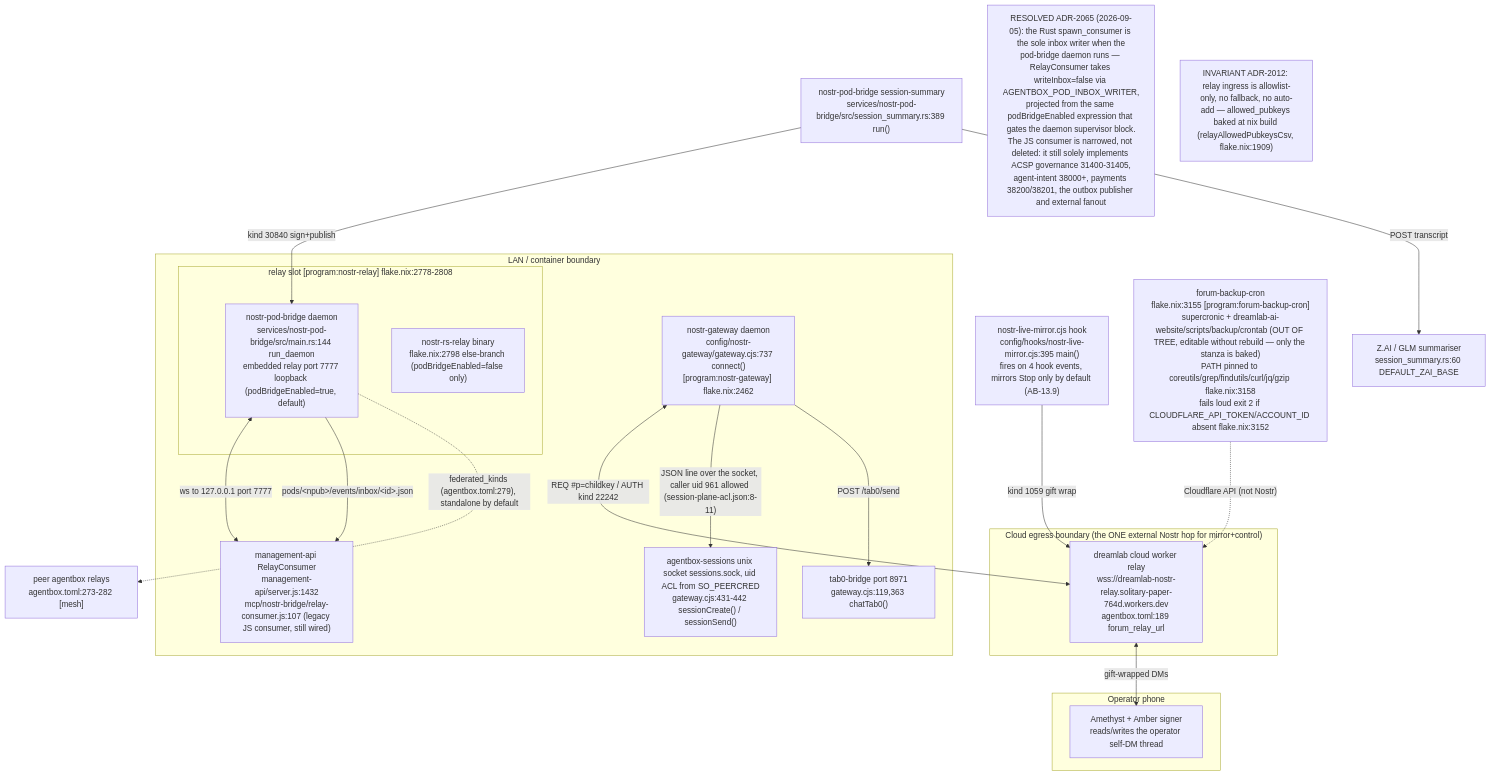
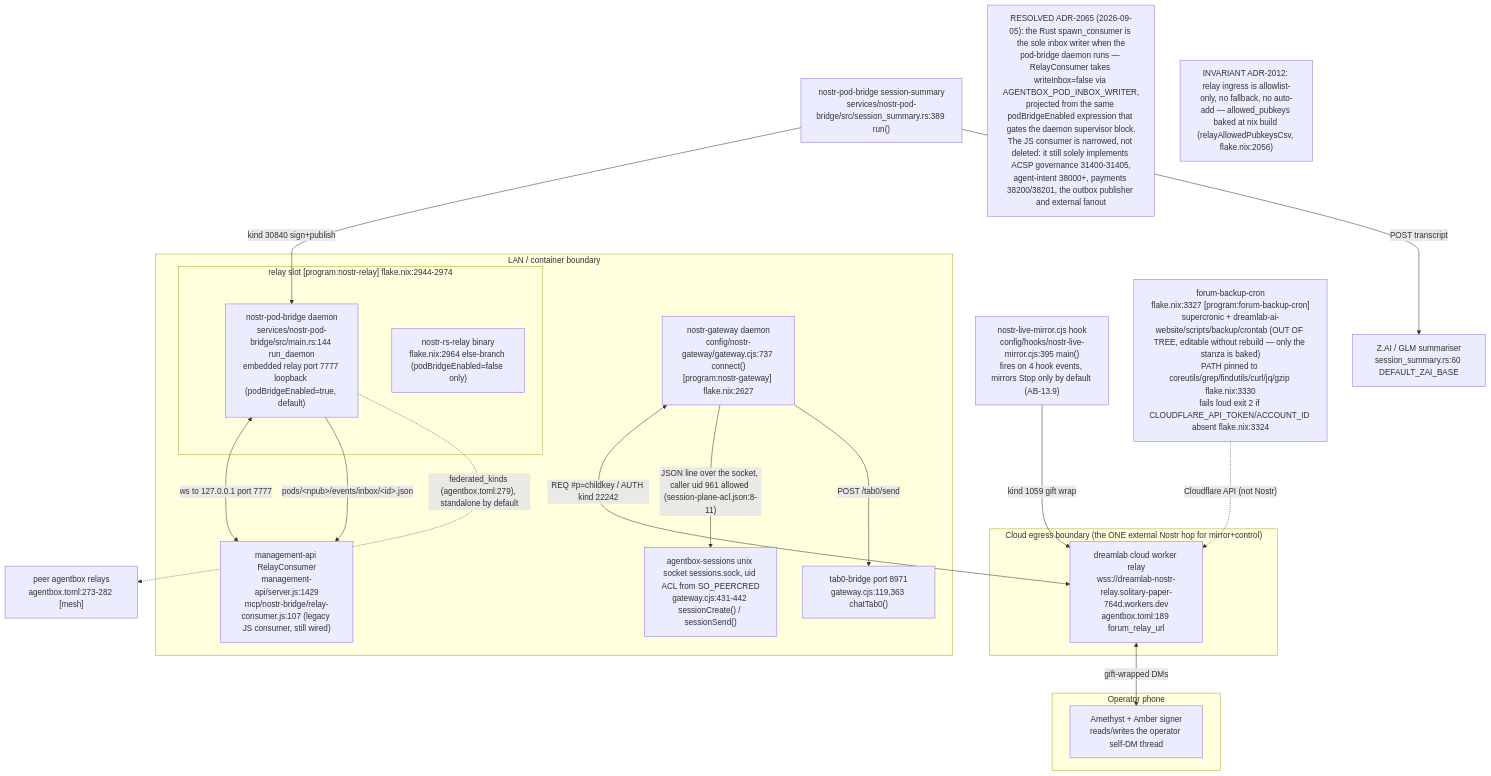
Before and after one commit to DreamLab-AI/VisionFlow: the first of 16 diagrams in docs/diagrams/agentbox/13-nostr-relay-gateway-bridge-mirror.md, drawn with Mermaid. The commit also changed other lines of this file and 12 other files, not shown here.

````diff
--- a/docs/diagrams/agentbox/13-nostr-relay-gateway-bridge-mirror.md
+++ b/docs/diagrams/agentbox/13-nostr-relay-gateway-bridge-mirror.md
@@ -47,39 +47,39 @@
 ```mermaid
 flowchart TB
     subgraph lan["LAN / container boundary"]
-        subgraph relayslot["relay slot [program:nostr-relay] flake.nix:2778-2808"]
+        subgraph relayslot["relay slot [program:nostr-relay] flake.nix:2944-2974"]
             PB["nostr-pod-bridge daemon<br/>services/nostr-pod-bridge/src/main.rs:144 run_daemon<br/>embedded relay port 7777 loopback (podBridgeEnabled=true, default)"]
-            RS["nostr-rs-relay binary<br/>flake.nix:2798 else-branch (podBridgeEnabled=false only)"]
+            RS["nostr-rs-relay binary<br/>flake.nix:2964 else-branch (podBridgeEnabled=false only)"]
         end
-        GW["nostr-gateway daemon<br/>config/nostr-gateway/gateway.cjs:737 connect()<br/>[program:nostr-gateway] flake.nix:2462"]
-        MGMT["management-api RelayConsumer<br/>management-api/server.js:1432<br/>mcp/nostr-bridge/relay-consumer.js:107 (legacy JS consumer, still wired)"]
+        GW["nostr-gateway daemon<br/>config/nostr-gateway/gateway.cjs:737 connect()<br/>[program:nostr-gateway] flake.nix:2627"]
+        MGMT["management-api RelayConsumer<br/>management-api/server.js:1429<br/>mcp/nostr-bridge/relay-consumer.js:107 (legacy JS consumer, still wired)"]
         SESS["agentbox-sessions unix socket sessions.sock, uid ACL from SO_PEERCRED<br/>gateway.cjs:431-442 sessionCreate() / sessionSend()"]
         TAB0["tab0-bridge port 8971<br/>gateway.cjs:119,363 chatTab0()"]
     end
     subgraph cloud["Cloud egress boundary (the ONE external Nostr hop for mirror+control)"]
         CLOUD["dreamlab cloud worker relay<br/>wss://dreamlab-nostr-relay.solitary-paper-764d.workers.dev<br/>agentbox.toml:189 forum_relay_url"]
     end
     subgraph phone["Operator phone"]
         AME["Amethyst + Amber signer<br/>reads/writes the operator self-DM thread"]
     end
     MIRROR["nostr-live-mirror.cjs hook<br/>config/hooks/nostr-live-mirror.cjs:395 main()<br/>fires on 4 hook events, mirrors Stop only by default (AB-13.9)"]
     DIGEST["nostr-pod-bridge session-summary<br/>services/nostr-pod-bridge/src/session_summary.rs:389 run()"]
     ZAI["Z.AI / GLM summariser<br/>session_summary.rs:60 DEFAULT_ZAI_BASE"]
-    FORUM["forum-backup-cron<br/>flake.nix:3155 [program:forum-backup-cron]<br/>supercronic + dreamlab-ai-website/scripts/backup/crontab (OUT OF TREE, editable without rebuild — only the stanza is baked)<br/>PATH pinned to coreutils/grep/findutils/curl/jq/gzip flake.nix:3158<br/>fails loud exit 2 if CLOUDFLARE_API_TOKEN/ACCOUNT_ID absent flake.nix:3152"]
+    FORUM["forum-backup-cron<br/>flake.nix:3327 [program:forum-backup-cron]<br/>supercronic + dreamlab-ai-website/scripts/backup/crontab (OUT OF TREE, editable without rebuild — only the stanza is baked)<br/>PATH pinned to coreutils/grep/findutils/curl/jq/gzip flake.nix:3330<br/>fails loud exit 2 if CLOUDFLARE_API_TOKEN/ACCOUNT_ID absent flake.nix:3324"]
     MESH["peer agentbox relays<br/>agentbox.toml:273-282 [mesh]"]
 
     MIRROR -->|"kind 1059 gift wrap"| CLOUD
     GW <-->|"REQ #p=childkey / AUTH kind 22242"| CLOUD
     CLOUD <-->|"gift-wrapped DMs"| AME
     DIGEST -->|"kind 30840 sign+publish"| PB
     DIGEST -->|"POST transcript"| ZAI
     PB <-->|"ws to 127.0.0.1 port 7777"| MGMT
     PB -->|"pods/&lt;npub&gt;/events/inbox/&lt;id&gt;.json"| MGMT
     GW -->|"JSON line over the socket, caller uid 961 allowed (session-plane-acl.json:8-11)"| SESS
     GW -->|"POST /tab0/send"| TAB0
     PB -.->|"federated_kinds (agentbox.toml:279), standalone by default"| MESH
     FORUM -.->|"Cloudflare API (not Nostr)"| CLOUD
 
 N1["RESOLVED ADR-2065 (2026-09-05): the Rust spawn_consumer is the sole inbox writer when the<br/>pod-bridge daemon runs — RelayConsumer takes writeInbox=false via AGENTBOX_POD_INBOX_WRITER,<br/>projected from the same podBridgeEnabled expression that gates the daemon supervisor block.<br/>The JS consumer is narrowed, not deleted: it still solely implements ACSP governance 31400-31405,<br/>agent-intent 38000+, payments 38200/38201, the outbox publisher and external fanout"]
-    N2["INVARIANT ADR-2012: relay ingress is allowlist-only, no fallback, no auto-add — allowed_pubkeys baked at nix build (relayAllowedPubkeysCsv, flake.nix:1909)"]
+    N2["INVARIANT ADR-2012: relay ingress is allowlist-only, no fallback, no auto-add — allowed_pubkeys baked at nix build (relayAllowedPubkeysCsv, flake.nix:2056)"]
 ```
````
